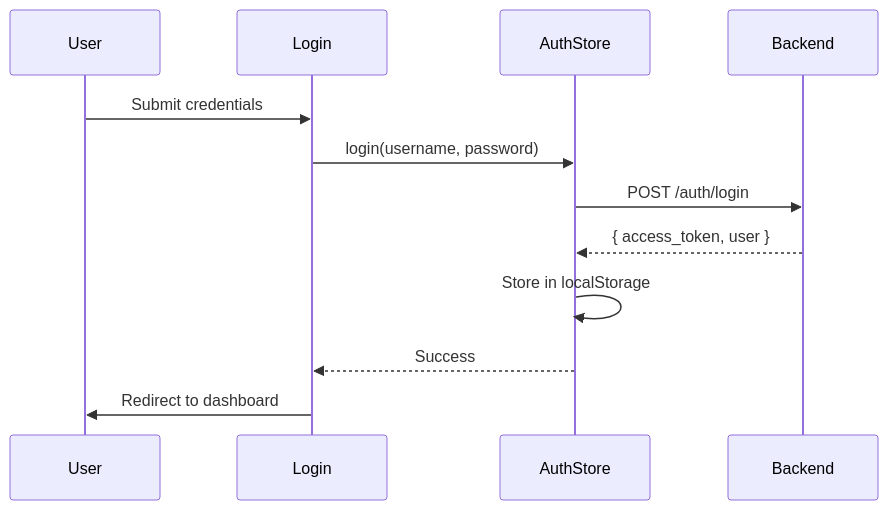
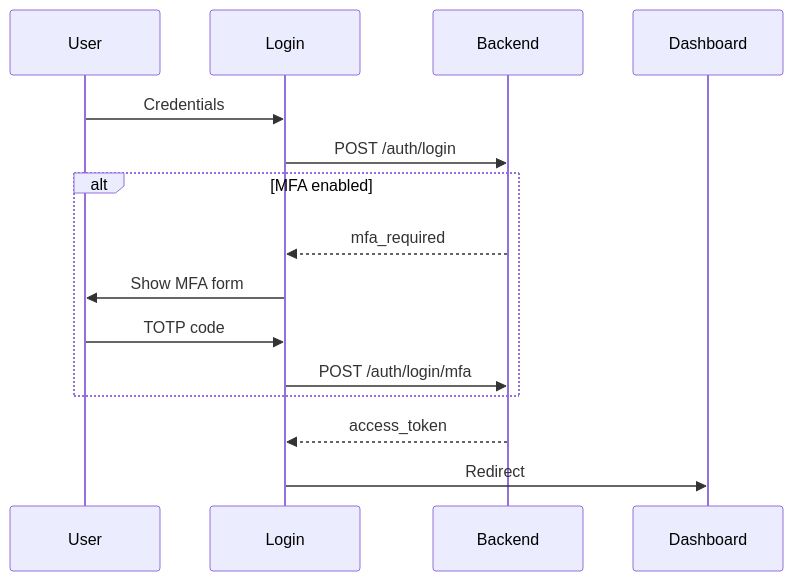
The second of 2 diagrams in frontend/README.md (royzah/OryxID), drawn with Mermaid before and after one commit. The commit also changed other lines of this file and 5 other files, not shown here.

````diff
--- a/frontend/README.md
+++ b/frontend/README.md
@@ -275,15 +98,13 @@
 ```mermaid
 sequenceDiagram
-    participant User
-    participant Login
-    participant AuthStore
-    participant Backend
-
-    User->>Login: Submit credentials
-    Login->>AuthStore: login(username, password)
-    AuthStore->>Backend: POST /auth/login
-    Backend-->>AuthStore: { access_token, user }
-    AuthStore->>AuthStore: Store in localStorage
-    AuthStore-->>Login: Success
-    Login->>User: Redirect to dashboard
+    User->>Login: Credentials
+    Login->>Backend: POST /auth/login
+    alt MFA enabled
+        Backend-->>Login: mfa_required
+        Login->>User: Show MFA form
+        User->>Login: TOTP code
+        Login->>Backend: POST /auth/login/mfa
+    end
+    Backend-->>Login: access_token
+    Login->>Dashboard: Redirect
 ```
````
